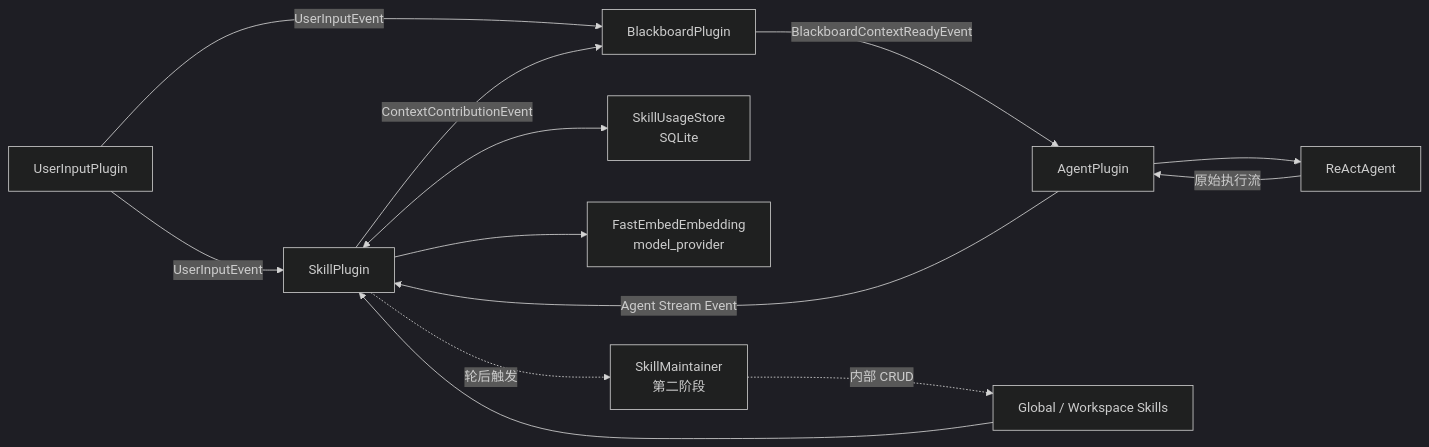
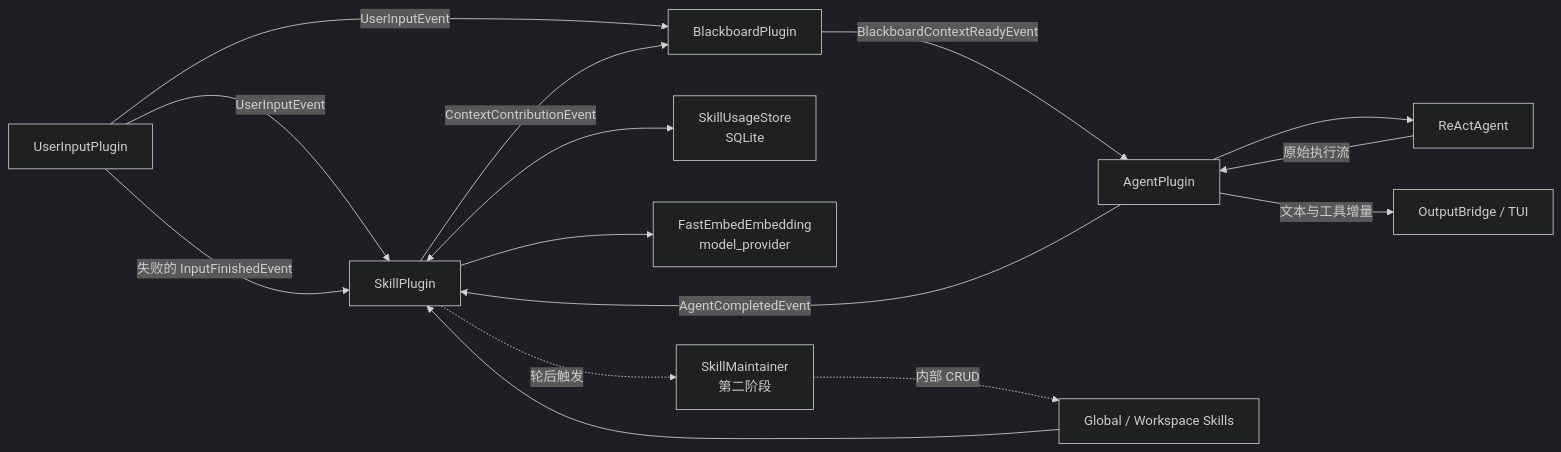
Before and after one commit to Removel/Icarus: the diagram in apps/agent/docs/arch/skill-plugin-design.md, drawn with Mermaid (dark theme). The commit also changed other lines of this file and 2 other files, not shown here.

Commit message:
docs(agent): fold skill corrections into design

````diff
--- a/apps/agent/docs/arch/skill-plugin-design.md
+++ b/apps/agent/docs/arch/skill-plugin-design.md
@@ -44,25 +44,28 @@
 ```mermaid
 flowchart LR
     U["UserInputPlugin"]
     S["SkillPlugin"]
     B["BlackboardPlugin"]
     A["AgentPlugin"]
+    O["OutputBridge / TUI"]
     R["ReActAgent"]
     DB["SkillUsageStore\nSQLite"]
     FS["Global / Workspace Skills"]
     E["FastEmbedEmbedding\nmodel_provider"]
     M["SkillMaintainer\n第二阶段"]
 
     U -- "UserInputEvent" --> S
     U -- "UserInputEvent" --> B
     FS --> S
     S <--> DB
     S --> E
     S -- "ContextContributionEvent" --> B
     B -- "BlackboardContextReadyEvent" --> A
     A --> R
     R -- "原始执行流" --> A
-    A -- "Agent Stream Event" --> S
+    A -- "文本与工具增量" --> O
+    A -- "AgentCompletedEvent" --> S
+    U -- "失败的 InputFinishedEvent" --> S
     S -. "轮后触发" .-> M
     M -. "内部 CRUD" .-> FS
 ```
````
